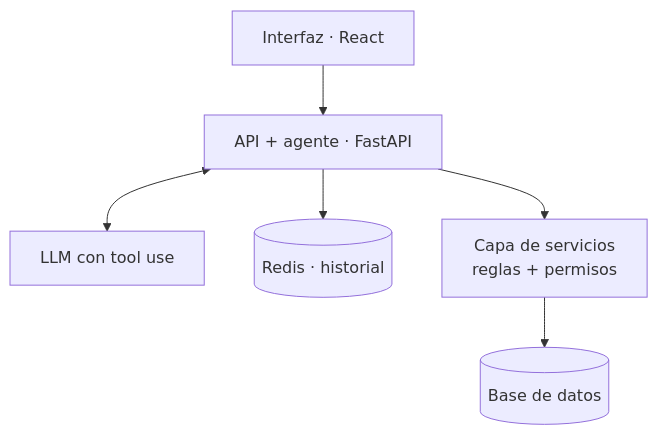
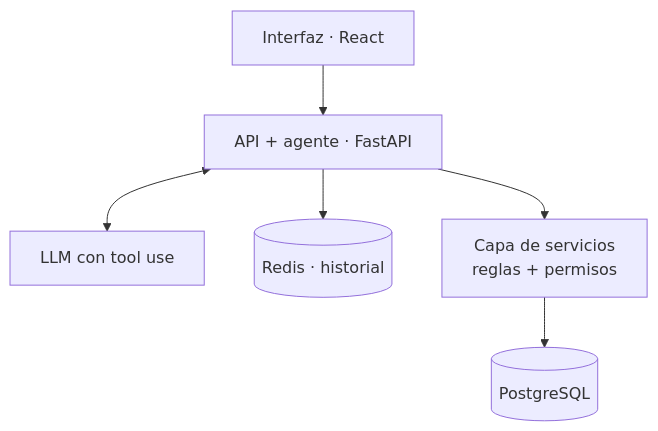
The diagram in README.md (DaaAarb/shopagent), drawn with Mermaid before and after one commit. The commit also changed other lines of this file and 1 other file, not shown here.

Commit message:
docs: document PostgreSQL setup and add ADR 0004

````diff
--- a/README.md
+++ b/README.md
@@ -23,8 +23,8 @@
 ```mermaid
 flowchart TD
     UI[Interfaz · React] --> API[API + agente · FastAPI]
     API <--> LLM[LLM con tool use]
     API --> R[(Redis · historial)]
     API --> S[Capa de servicios<br/>reglas + permisos]
-    S --> DB[(Base de datos)]
+    S --> DB[(PostgreSQL)]
 ```
````
